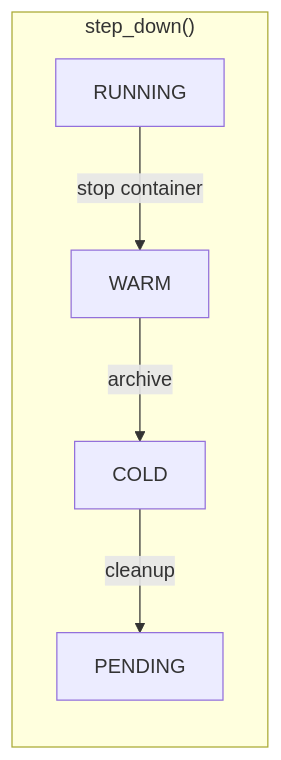
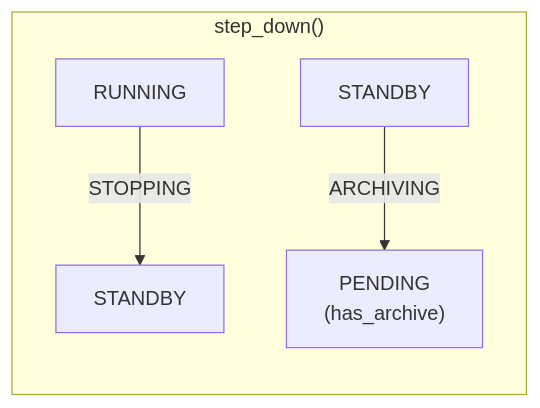
The fifth of 7 diagrams in docs/adr/008-ordered-state-machine.md (cagojeiger/code-hub), drawn with Mermaid before and after one commit. The commit also changed other lines of this file and 11 other files, not shown here.

````diff
--- a/docs/adr/008-ordered-state-machine.md
+++ b/docs/adr/008-ordered-state-machine.md
@@ -191,8 +237,7 @@
 ```mermaid
 flowchart RL
     subgraph "step_down()"
-        R[RUNNING] -->|stop container| W[WARM]
-        W -->|archive| C[COLD]
-        C -->|cleanup| P[PENDING]
+        R[RUNNING] -->|STOPPING| S[STANDBY]
+        S2[STANDBY] -->|ARCHIVING| P["PENDING<br/>(has_archive)"]
     end
 ```
````
